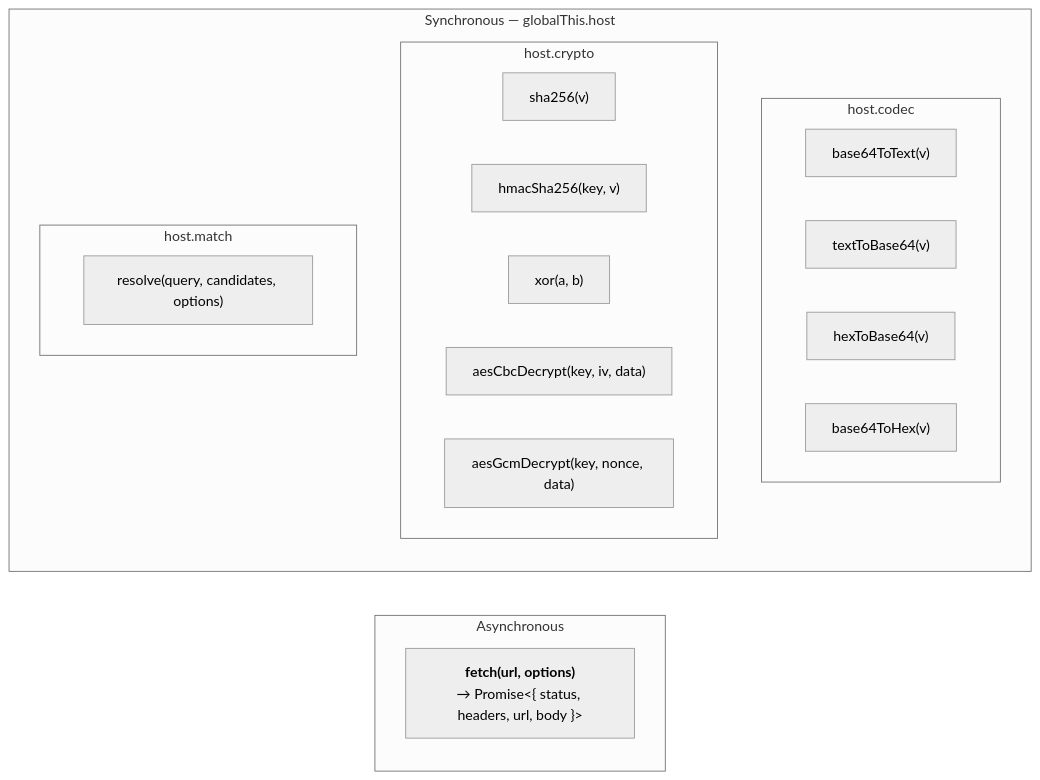
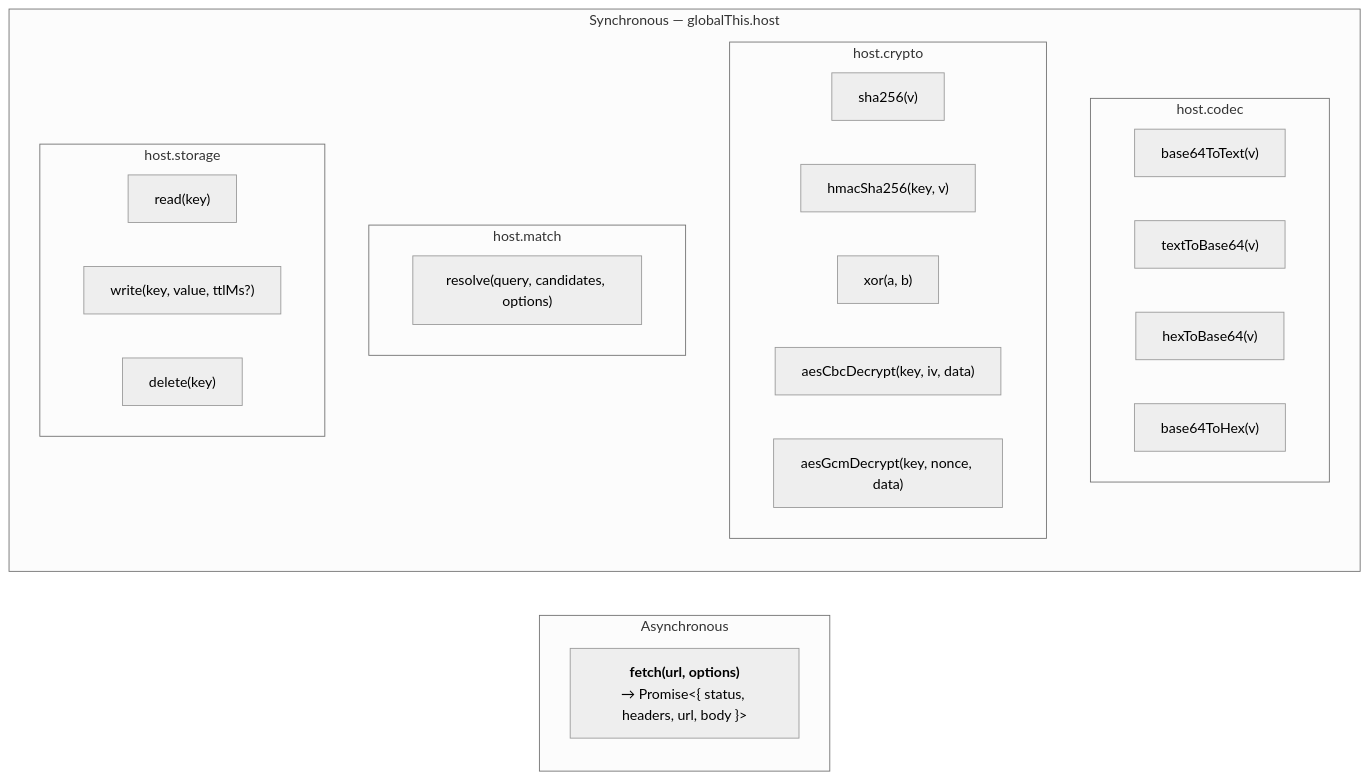
One commit to nimbusfvck/fvcksubs changed the fourth of 6 diagrams in docs/03-js-bridge.md. Above: the diagram before and after it, drawn with Mermaid (neutral theme). The commit also changed other lines of this file and 5 other files, not shown here.

Commit message:
docs: document host.storage and the per-request fetch timeout

````diff
--- a/docs/03-js-bridge.md
+++ b/docs/03-js-bridge.md
@@ -200,25 +200,30 @@
 ```mermaid
 flowchart LR
     subgraph ASYNC["Asynchronous"]
         F["<b>fetch(url, options)</b><br/>→ Promise&lt;{ status, headers, url, body }&gt;"]
     end
 
     subgraph SYNC["Synchronous — globalThis.host"]
         subgraph C["host.codec"]
             C1["base64ToText(v)"]
             C2["textToBase64(v)"]
             C3["hexToBase64(v)"]
             C4["base64ToHex(v)"]
         end
         subgraph K["host.crypto"]
             K1["sha256(v)"]
             K2["hmacSha256(key, v)"]
             K3["xor(a, b)"]
             K4["aesCbcDecrypt(key, iv, data)"]
             K5["aesGcmDecrypt(key, nonce, data)"]
         end
         subgraph M["host.match"]
             M1["resolve(query, candidates, options)"]
         end
+        subgraph S["host.storage"]
+            S1["read(key)"]
+            S2["write(key, value, ttlMs?)"]
+            S3["delete(key)"]
+        end
     end
 ```
````
